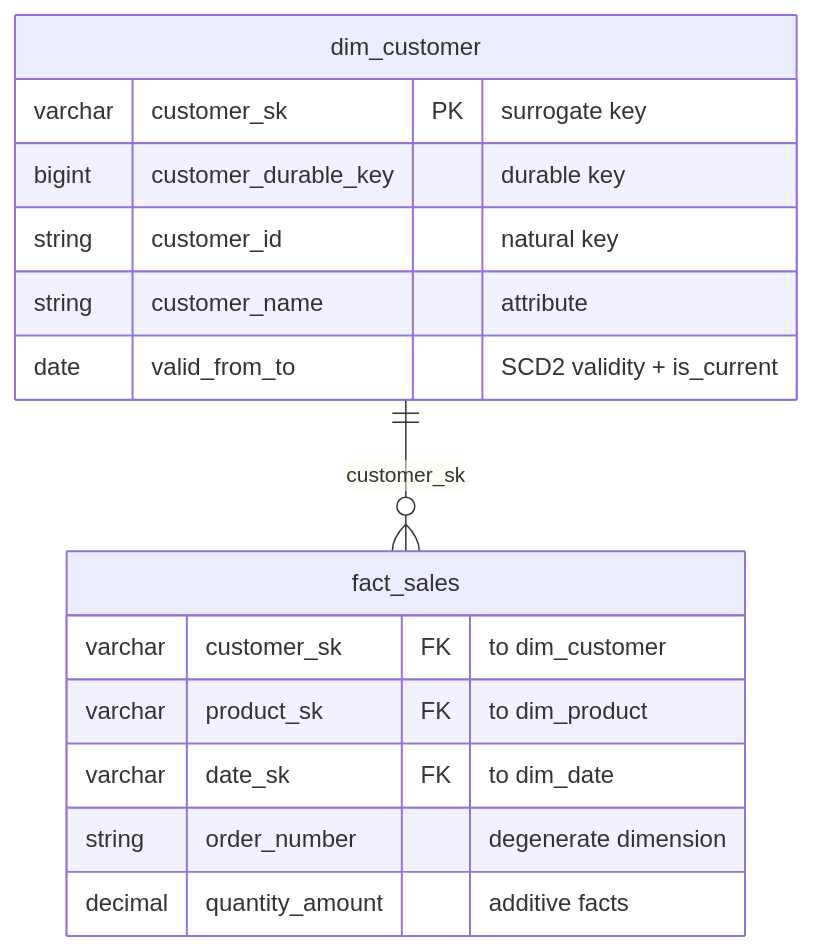
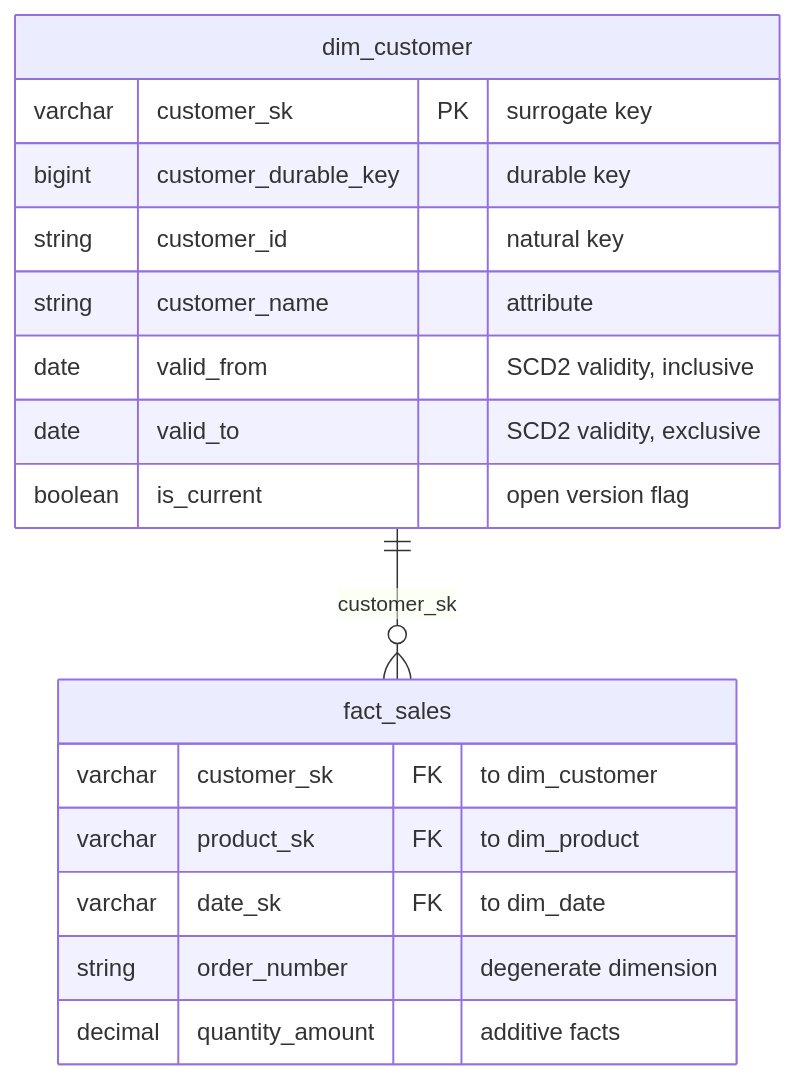
Before and after one commit to dyvenia/dim-modelling-docs: the diagram in src/concepts/kimball-keys.md, drawn with Mermaid. The commit also changed 5 other files, not shown here.

Commit message:
🎨 Align SCD validity columns

````diff
--- a/src/concepts/kimball-keys.md
+++ b/src/concepts/kimball-keys.md
@@ -130,18 +130,20 @@
 ```mermaid
 erDiagram
     dim_customer ||--o{ fact_sales : "customer_sk"
     dim_customer {
         varchar customer_sk PK "surrogate key"
         bigint customer_durable_key "durable key"
         string customer_id "natural key"
         string customer_name "attribute"
-        date valid_from_to "SCD2 validity + is_current"
+        date valid_from "SCD2 validity, inclusive"
+        date valid_to "SCD2 validity, exclusive"
+        boolean is_current "open version flag"
     }
     fact_sales {
         varchar customer_sk FK "to dim_customer"
         varchar product_sk FK "to dim_product"
         varchar date_sk FK "to dim_date"
         string order_number "degenerate dimension"
         decimal quantity_amount "additive facts"
     }
 ```
````
